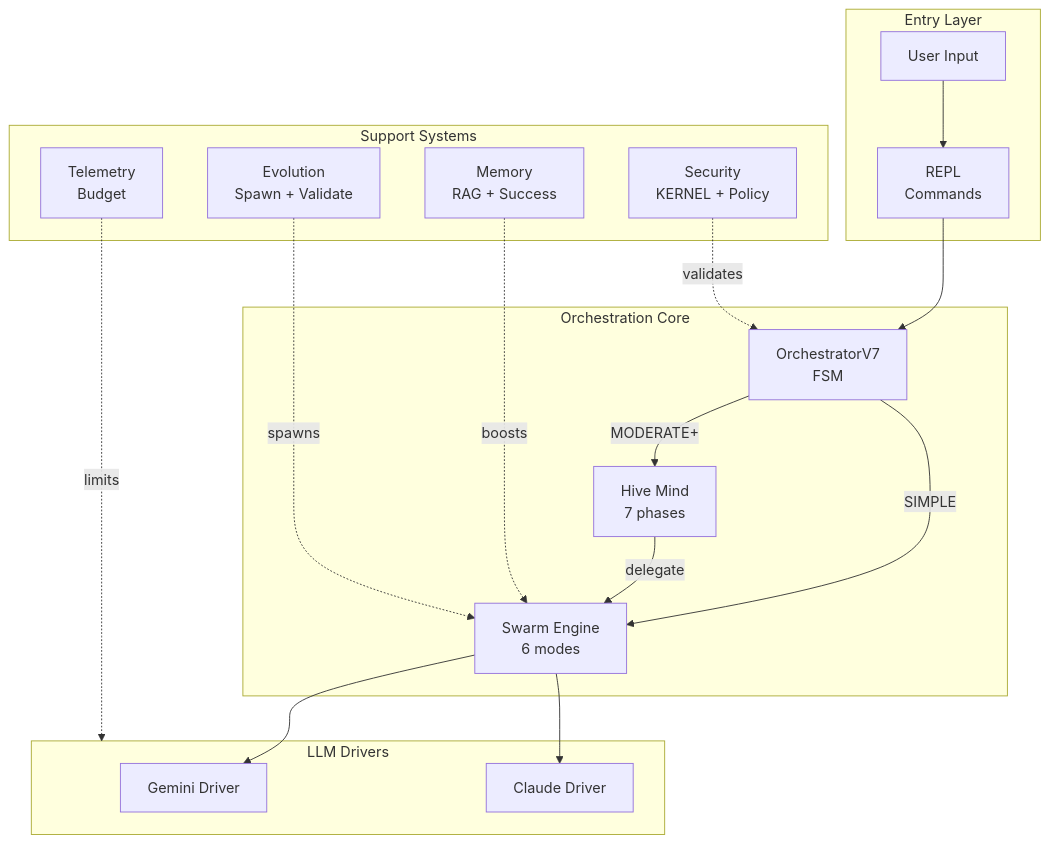
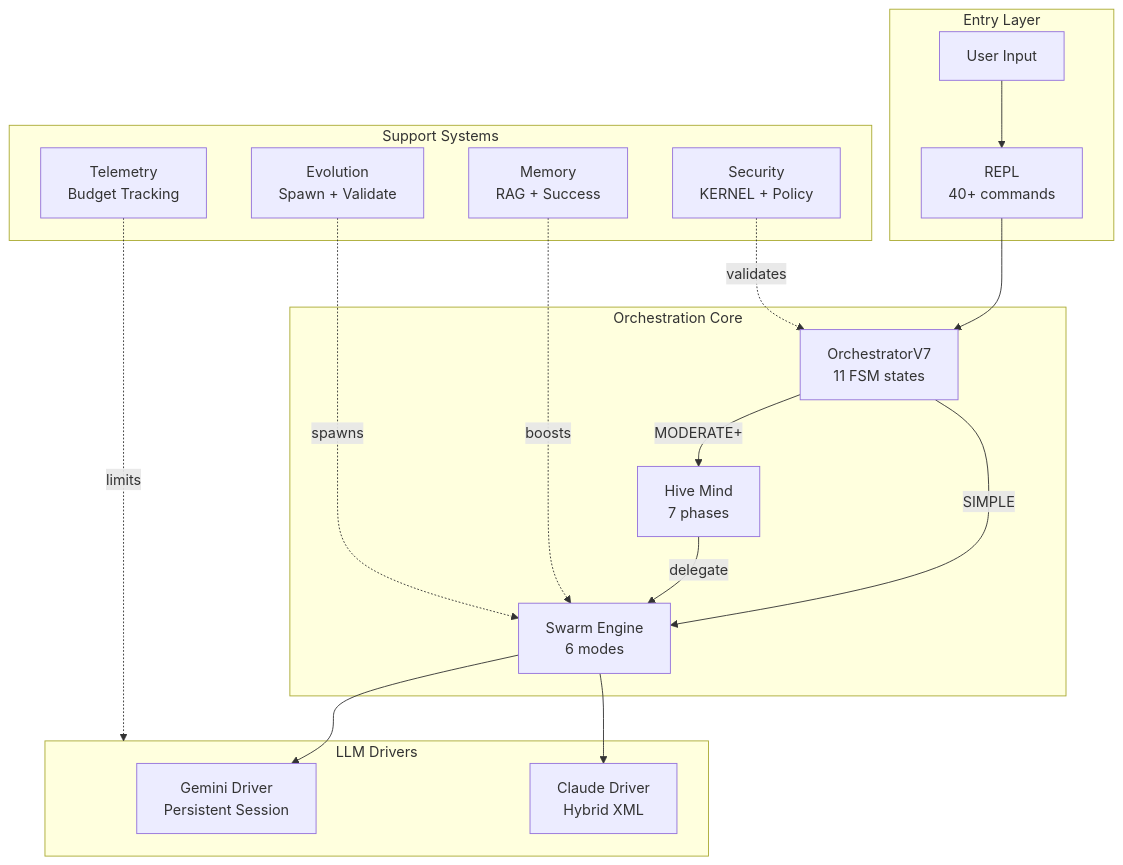
The first of 10 diagrams in docs/ARCHITECTURE_MAP_GENERATED.md (yannabadie/NEXUS), drawn with Mermaid before and after one commit. The commit also changed other lines of this file and 1 other file, not shown here.

First line of the commit message:
fix(doc-engine): Mermaid slash escaping + V2.1 dynamic extraction

````diff
--- a/docs/ARCHITECTURE_MAP_GENERATED.md
+++ b/docs/ARCHITECTURE_MAP_GENERATED.md
@@ -16,37 +34,37 @@
 ```mermaid
 graph TD
     subgraph Entry["Entry Layer"]
         USER[User Input]
-        REPL[REPL<br/>Commands]
+        REPL[REPL<br/>40+ commands]
     end
 
     subgraph Core["Orchestration Core"]
-        ORCH[OrchestratorV7<br/>FSM]
+        ORCH[OrchestratorV7<br/>11 FSM states]
         SWARM[Swarm Engine<br/>6 modes]
         HIVE[Hive Mind<br/>7 phases]
     end
 
     subgraph LLM["LLM Drivers"]
-        GEMINI[Gemini Driver]
-        CLAUDE[Claude Driver]
+        GEMINI[Gemini Driver<br/>Persistent Session]
+        CLAUDE[Claude Driver<br/>Hybrid XML]
     end
 
     subgraph Support["Support Systems"]
         MEM[Memory<br/>RAG + Success]
         SEC[Security<br/>KERNEL + Policy]
         EVOL[Evolution<br/>Spawn + Validate]
-        TEL[Telemetry<br/>Budget]
+        TEL[Telemetry<br/>Budget Tracking]
     end
 
     USER --> REPL
     REPL --> ORCH
     ORCH -->|"MODERATE+"| HIVE
     ORCH -->|"SIMPLE"| SWARM
     HIVE -->|"delegate"| SWARM
     SWARM --> GEMINI
     SWARM --> CLAUDE
     SEC -.->|"validates"| ORCH
     MEM -.->|"boosts"| SWARM
     TEL -.->|"limits"| LLM
     EVOL -.->|"spawns"| SWARM
 ```
````
